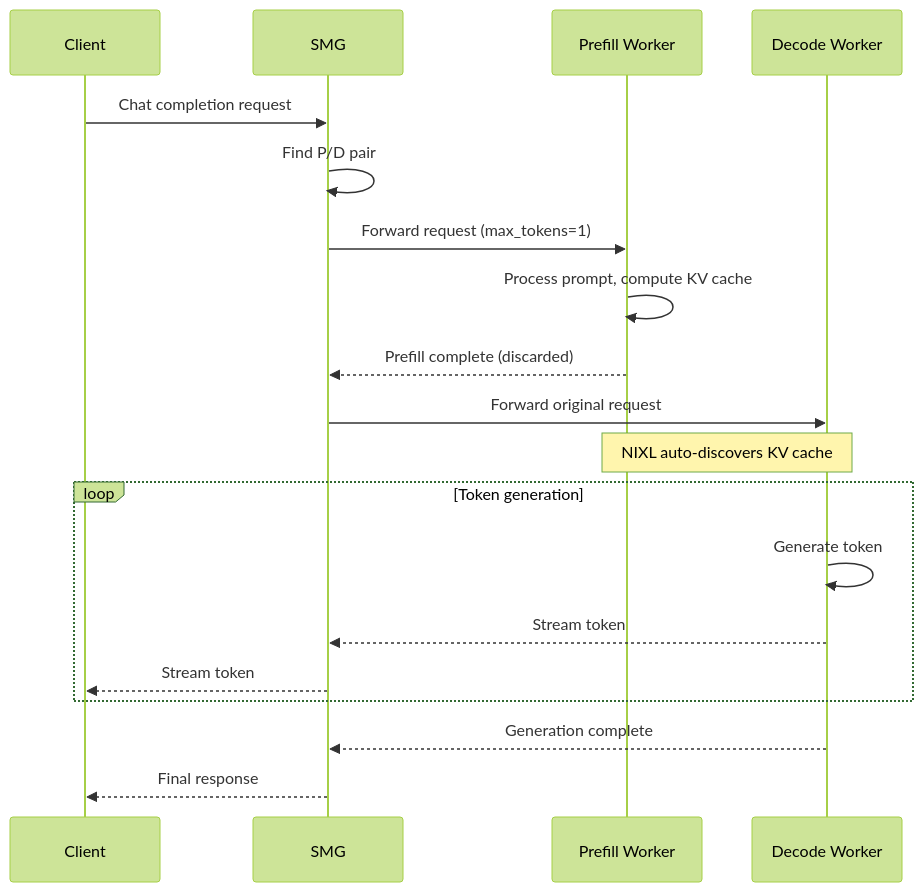
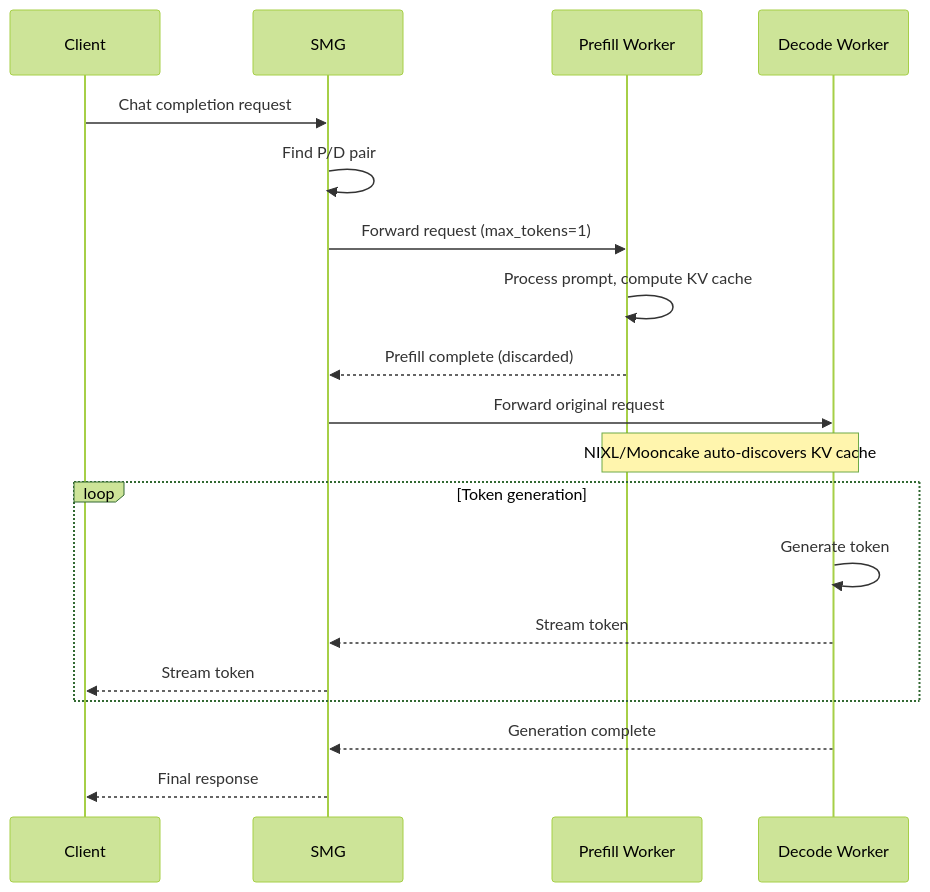
One commit to lightseekorg/smg changed the second of 2 diagrams in docs/concepts/routing/pd-disaggregation.md. Above: the diagram before and after it, drawn with Mermaid (forest theme). The commit also changed other lines of this file and 13 other files, not shown here.

````diff
--- a/docs/concepts/routing/pd-disaggregation.md
+++ b/docs/concepts/routing/pd-disaggregation.md
@@ -121,25 +130,25 @@
 ```mermaid
 sequenceDiagram
     participant C as Client
     participant S as SMG
     participant P as Prefill Worker
     participant D as Decode Worker
 
     C->>S: Chat completion request
     S->>S: Find P/D pair
     S->>P: Forward request (max_tokens=1)
     P->>P: Process prompt, compute KV cache
     P-->>S: Prefill complete (discarded)
 
     S->>D: Forward original request
-    Note over P,D: NIXL auto-discovers KV cache
+    Note over P,D: NIXL/Mooncake auto-discovers KV cache
 
     loop Token generation
         D->>D: Generate token
         D-->>S: Stream token
         S-->>C: Stream token
     end
 
     D-->>S: Generation complete
     S-->>C: Final response
 ```
````
